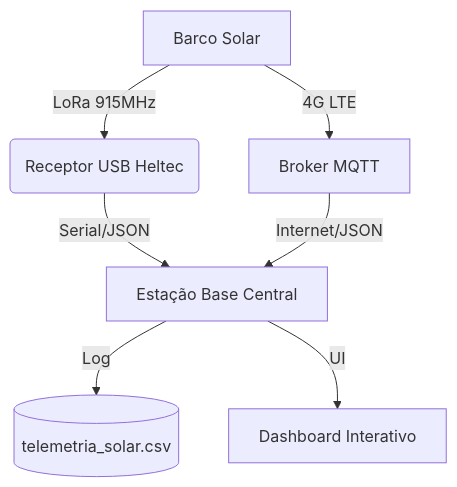
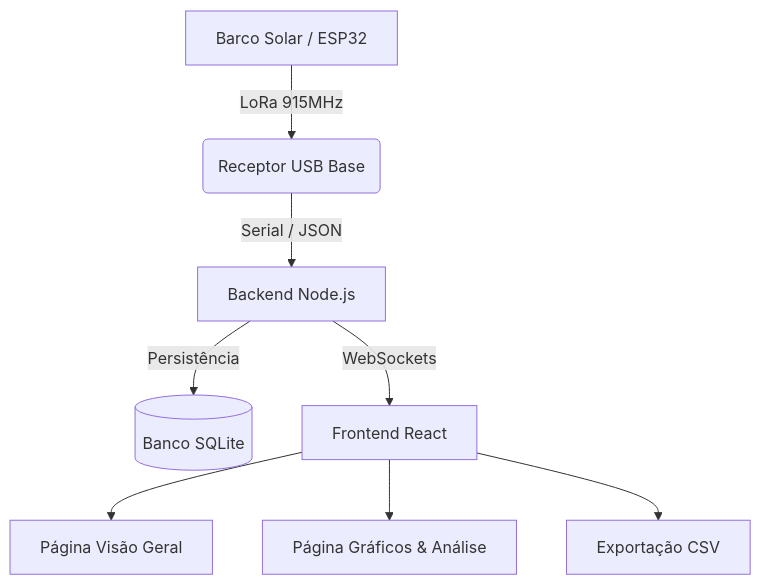
The diagram in Telemetria_2026/estação base/readme.md (eliasdopontiac/telemetria-leviata), drawn with Mermaid before and after one commit. The commit also changed other lines of this file, not shown here.

Commit message:
docs(readme): atualizar a documentacao da estacao base para a arquitetura react + node.js

````diff
--- a/Telemetria_2026/estação base/readme.md
+++ b/Telemetria_2026/estação base/readme.md
@@ -16,9 +16,10 @@
 ```mermaid
 graph TD
-    A[Barco Solar] -->|LoRa 915MHz| B(Receptor USB Heltec)
-    A -->|4G LTE| C[Broker MQTT]
-    B -->|Serial/JSON| D[Estação Base Central]
-    C -->|Internet/JSON| D
-    D -->|Log| E[(telemetria_solar.csv)]
-    D -->|UI| F[Dashboard Interativo]
+    A[Barco Solar / ESP32] -->|LoRa 915MHz| B(Receptor USB Base)
+    B -->|Serial / JSON| C[Backend Node.js]
+    C -->|Persistência| D[(Banco SQLite)]
+    C -->|WebSockets| E[Frontend React]
+    E --> F[Página Visão Geral]
+    E --> G[Página Gráficos & Análise]
+    E --> H[Exportação CSV]
 ```
````
